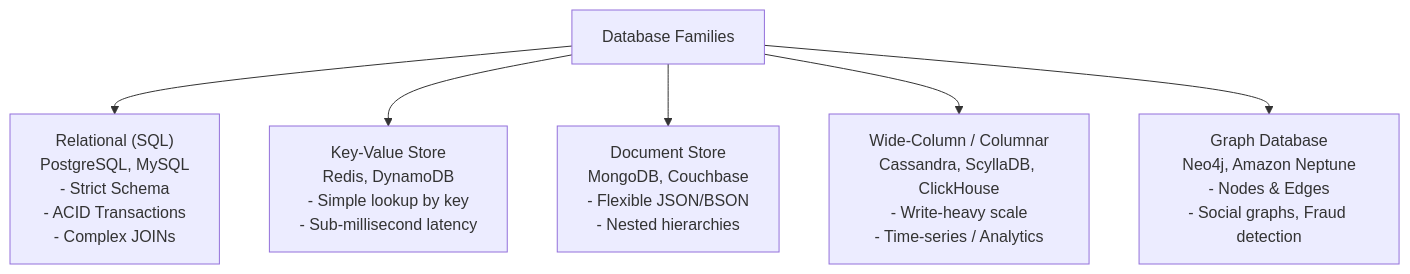
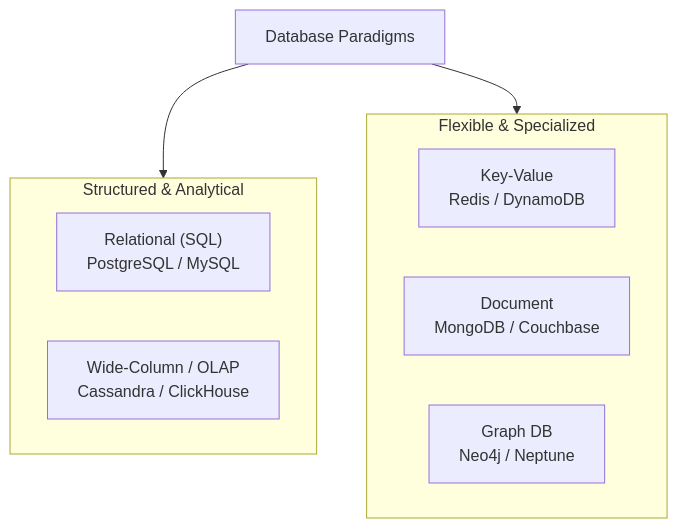
Before and after one commit to Sourav108/strivers-lld: the first of 4 diagrams in strivers-hld/06-Databases-and-Storage/README.md, drawn with Mermaid. The commit also changed other lines of this file and 39 other files, not shown here.

Commit message:
fix(mermaid): wrap node labels, simplify diamonds, and reformat wide diagrams for perfect GitHub rendering

````diff
--- a/strivers-hld/06-Databases-and-Storage/README.md
+++ b/strivers-hld/06-Databases-and-Storage/README.md
@@ -5,8 +5,18 @@
 ```mermaid
 flowchart TD
-    DB["Database Families"] --> SQL["Relational (SQL)<br/>PostgreSQL, MySQL<br/>- Strict Schema<br/>- ACID Transactions<br/>- Complex JOINs"]
-    DB --> KV["Key-Value Store<br/>Redis, DynamoDB<br/>- Simple lookup by key<br/>- Sub-millisecond latency"]
-    DB --> Doc["Document Store<br/>MongoDB, Couchbase<br/>- Flexible JSON/BSON<br/>- Nested hierarchies"]
-    DB --> Col["Wide-Column / Columnar<br/>Cassandra, ScyllaDB, ClickHouse<br/>- Write-heavy scale<br/>- Time-series / Analytics"]
-    DB --> Graph["Graph Database<br/>Neo4j, Amazon Neptune<br/>- Nodes & Edges<br/>- Social graphs, Fraud detection"]
+    DB["Database Paradigms"]
+    
+    subgraph Structured["Structured & Analytical"]
+        SQL["Relational (SQL)<br/>PostgreSQL / MySQL"]
+        Col["Wide-Column / OLAP<br/>Cassandra / ClickHouse"]
+    end
+
+    subgraph SemiStructured["Flexible & Specialized"]
+        KV["Key-Value<br/>Redis / DynamoDB"]
+        Doc["Document<br/>MongoDB / Couchbase"]
+        Graph["Graph DB<br/>Neo4j / Neptune"]
+    end
+
+    DB --> Structured
+    DB --> SemiStructured
 ```
````
